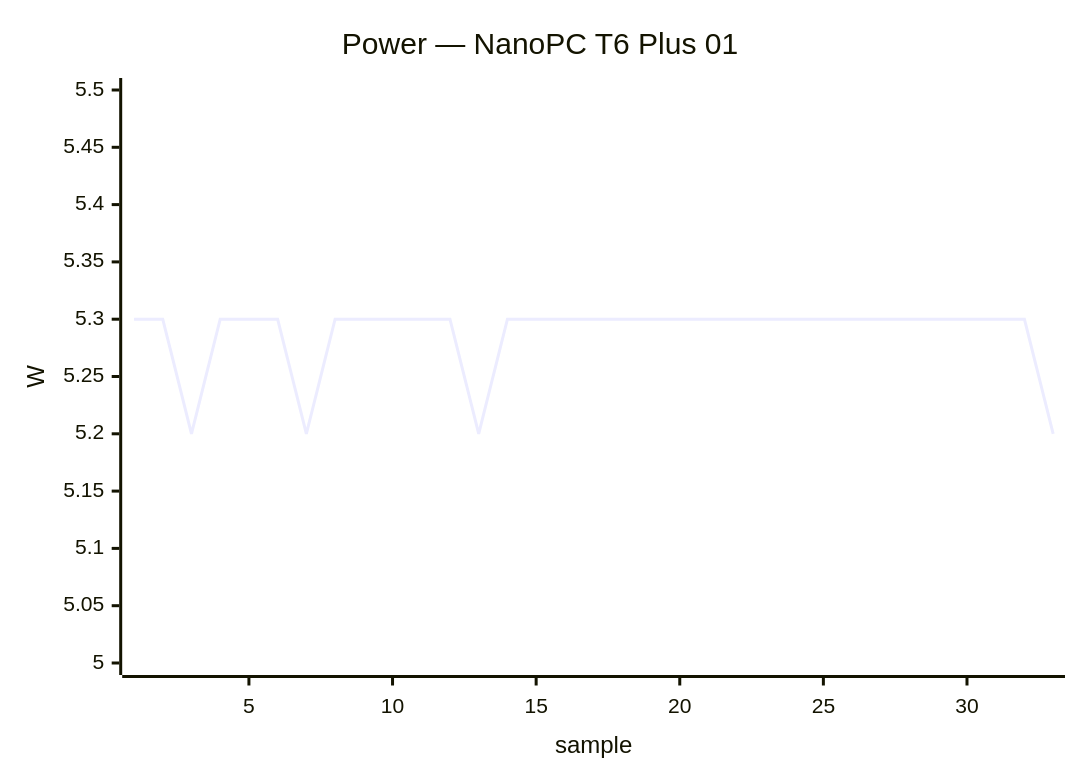
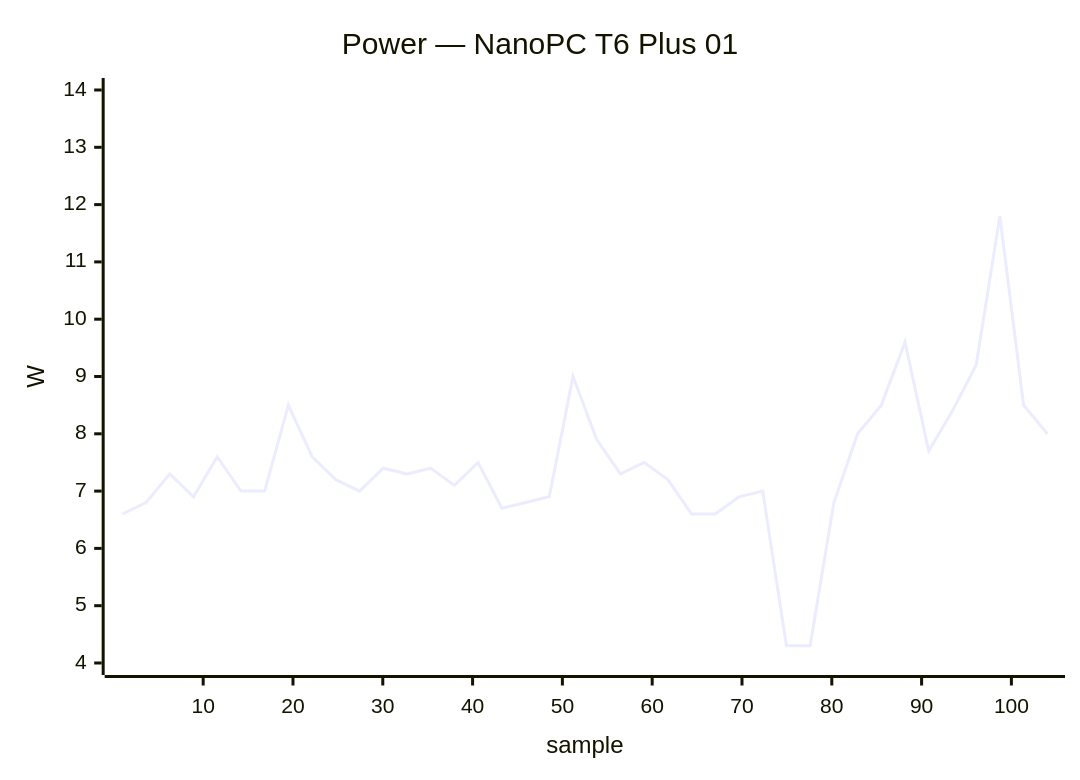
One commit to armbian/documentation changed the second of 39 diagrams in docs/status/board-tests.md. Above: the diagram before and after it, drawn with Mermaid. The commit also changed other lines of this file, not shown here.

````diff
--- a/docs/status/board-tests.md
+++ b/docs/status/board-tests.md
@@ -56,7 +71,7 @@
 ```mermaid
 xychart-beta
     title "Power — NanoPC T6 Plus 01"
-    x-axis "sample" 1 --> 33
-    y-axis "W" 5.0 --> 5.5
-    line [5.3, 5.3, 5.2, 5.3, 5.3, 5.3, 5.2, 5.3, 5.3, 5.3, 5.3, 5.3, 5.2, 5.3, 5.3, 5.3, 5.3, 5.3, 5.3, 5.3, 5.3, 5.3, 5.3, 5.3, 5.3, 5.3, 5.3, 5.3, 5.3, 5.3, 5.3, 5.3, 5.2]
+    x-axis "sample" 1 --> 104
+    y-axis "W" 4.0 --> 14.0
+    line [6.6, 6.8, 7.3, 6.9, 7.6, 7.0, 7.0, 8.5, 7.6, 7.2, 7.0, 7.4, 7.3, 7.4, 7.1, 7.5, 6.7, 6.8, 6.9, 9.0, 7.9, 7.3, 7.5, 7.2, 6.6, 6.6, 6.9, 7.0, 4.3, 4.3, 6.8, 8.0, 8.5, 9.6, 7.7, 8.4, 9.2, 11.8, 8.5, 8.0]
 ```
````
